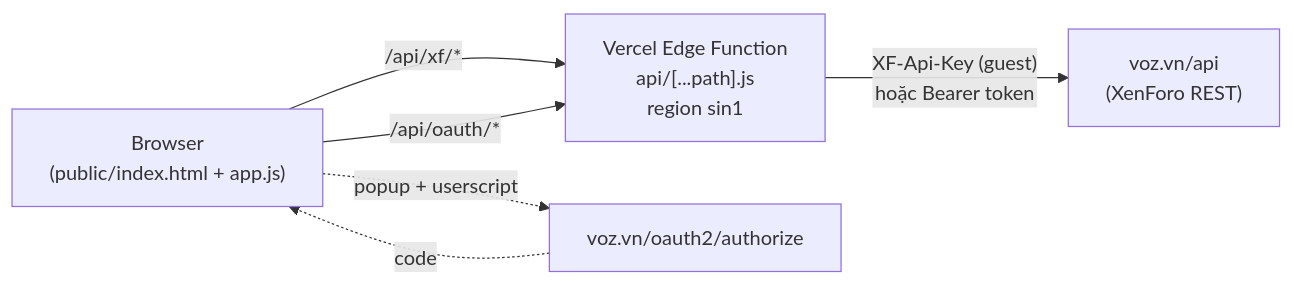
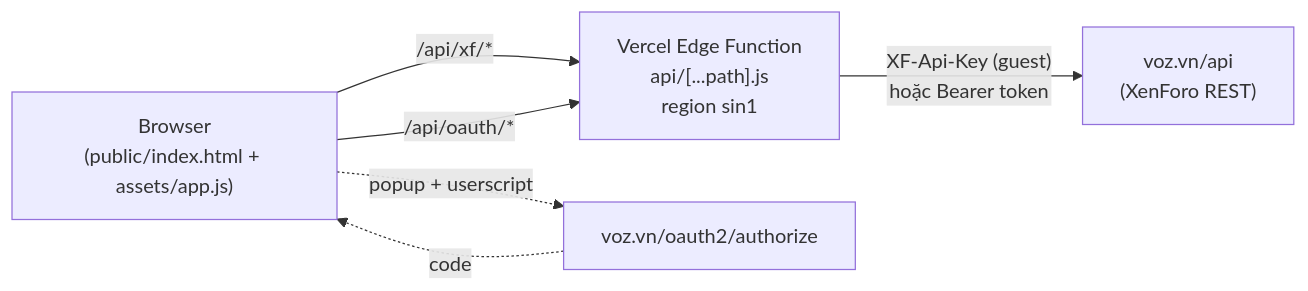
One commit to siritami/vtest changed the first of 2 diagrams in voz-forum-deploy.md. Above: the diagram before and after it, drawn with Mermaid. The commit also changed other lines of this file and 74 other files, not shown here.

````diff
--- a/voz-forum-deploy.md
+++ b/voz-forum-deploy.md
@@ -29,13 +136,13 @@
 ```mermaid
 flowchart LR
-    B["Browser<br/>(public/index.html + app.js)"]
+    B["Browser<br/>(public/index.html + assets/app.js)"]
     E["Vercel Edge Function<br/>api/[...path].js<br/>region sin1"]
     V["voz.vn/api<br/>(XenForo REST)"]
     A["voz.vn/oauth2/authorize"]
 
     B -- "/api/xf/*" --> E
     B -- "/api/oauth/*" --> E
     E -- "XF-Api-Key (guest)<br/>hoặc Bearer token" --> V
     B -. "popup + userscript" .-> A
     A -. "code" .-> B
 ```
````
